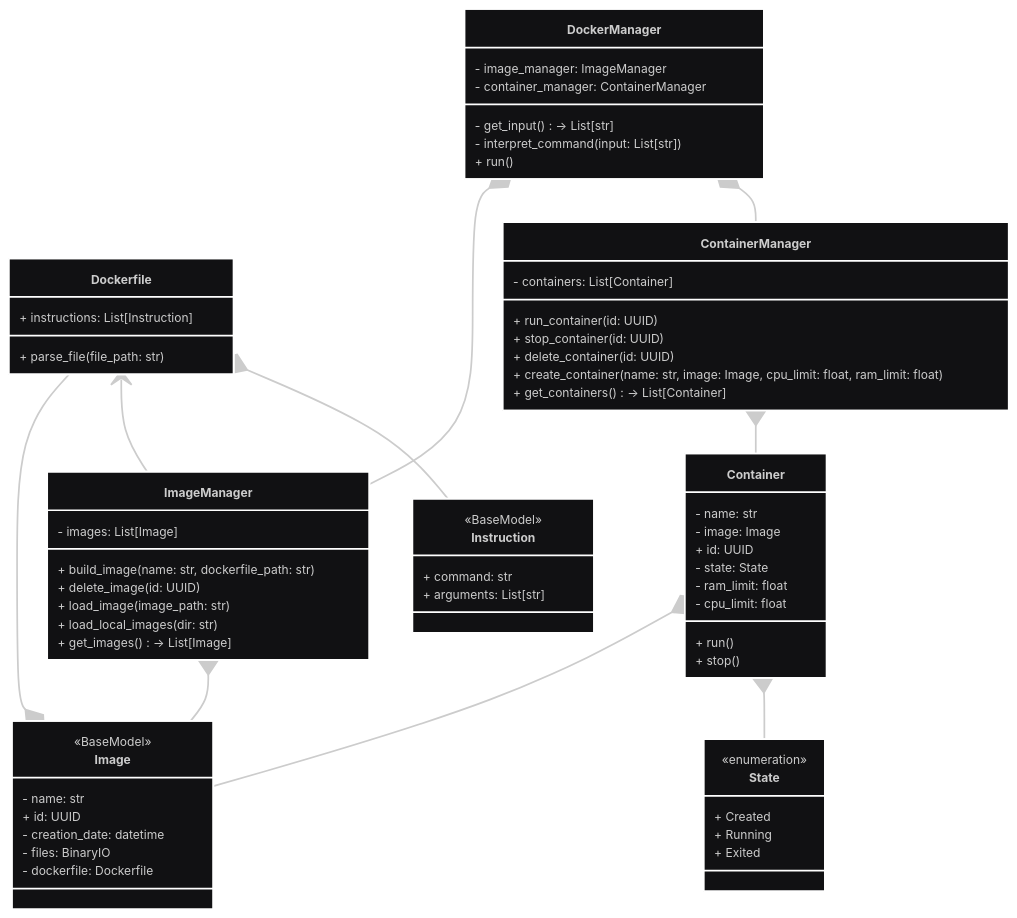
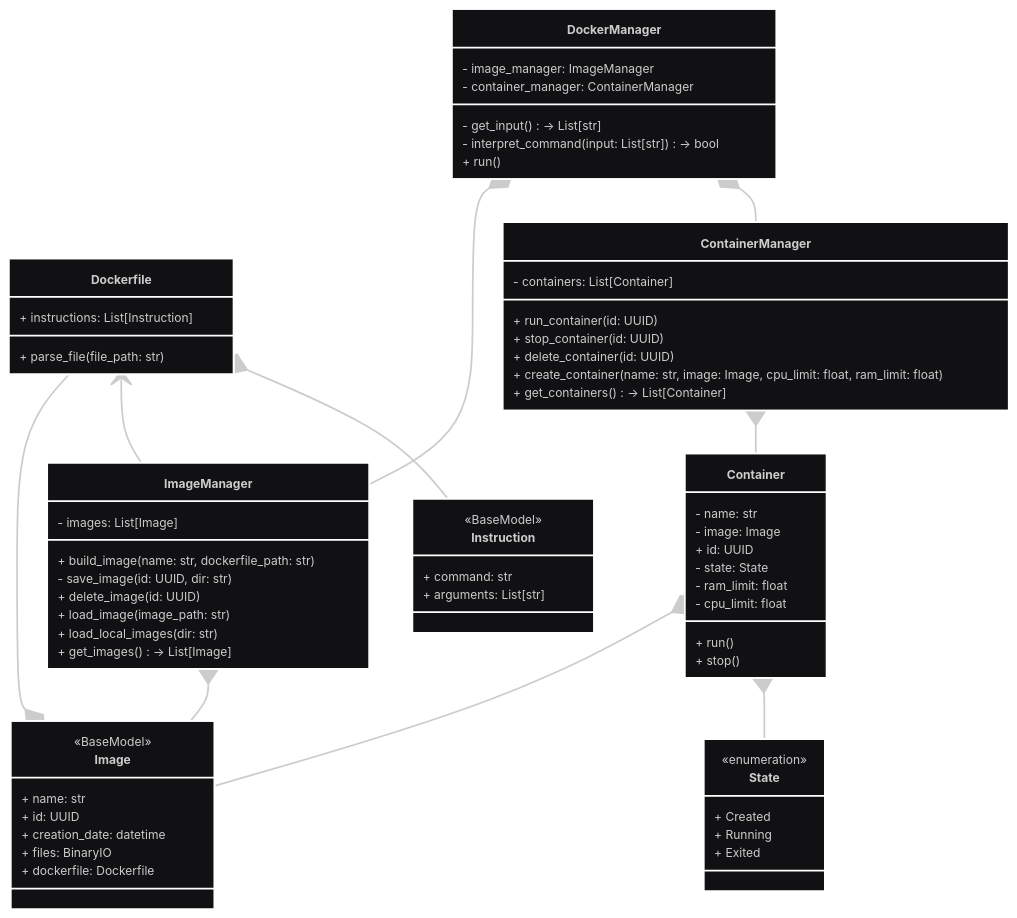
One commit to alonshuld/docker_poc changed the diagram in UML.mmd. Above: the diagram before and after it, drawn with Mermaid.

Commit message:
Minor fixes to UML

```diff
--- a/UML.mmd
+++ b/UML.mmd
@@ -1,72 +1,73 @@
 ---
 config:
   theme: redux-dark
 ---
 classDiagram
 direction TB
     class Instruction {
 		<<BaseModel>>
 	    + command: str
 	    + arguments: List[str]
     }
     class Dockerfile {
 	    + instructions: List[Instruction]
 	    + parse_file(file_path: str)
     }
     class Image {
 		<<BaseModel>>
-	    - name: str
+	    + name: str
 	    + id: UUID
-	    - creation_date: datetime
-	    - files: BinaryIO
-		- dockerfile: Dockerfile
+	    + creation_date: datetime
+	    + files: BinaryIO
+		+ dockerfile: Dockerfile
     }
     class ImageManager {
 	    - images: List[Image]
 	    + build_image(name: str, dockerfile_path: str)
+		- save_image(id: UUID, dir: str)
 	    + delete_image(id: UUID)
 	    + load_image(image_path: str)
 	    + load_local_images(dir: str)
 	    + get_images() -> List[Image]
     }
     class Container {
 	    - name: str
 	    - image: Image
 	    + id: UUID
 	    - state: State
 		- ram_limit: float
 		- cpu_limit: float
 	    + run()
 	    + stop()
     }
     class State {
 		<<enumeration>>
 	    + Created
 	    + Running
 	    + Exited
     }
     class ContainerManager {
 	    - containers: List[Container]
 	    + run_container(id: UUID)
 	    + stop_container(id: UUID)
 	    + delete_container(id: UUID)
 	    + create_container(name: str, image: Image, cpu_limit: float, ram_limit: float)
 	    + get_containers() -> List[Container]
     }
     class DockerManager {
 	    - image_manager: ImageManager
 	    - container_manager: ContainerManager
 	    - get_input() -> List[str]
-	    - interpret_command(input: List[str])
+	    - interpret_command(input: List[str]) -> bool
 	    + run()
     }
   
     ImageManager *-- Image
     Dockerfile *-- Instruction
     Container *-- State
     Dockerfile <-- ImageManager
 	Image *-- Dockerfile
     Container *-- Image
     ContainerManager *-- Container
     DockerManager *-- ContainerManager
     DockerManager *-- ImageManager
```
